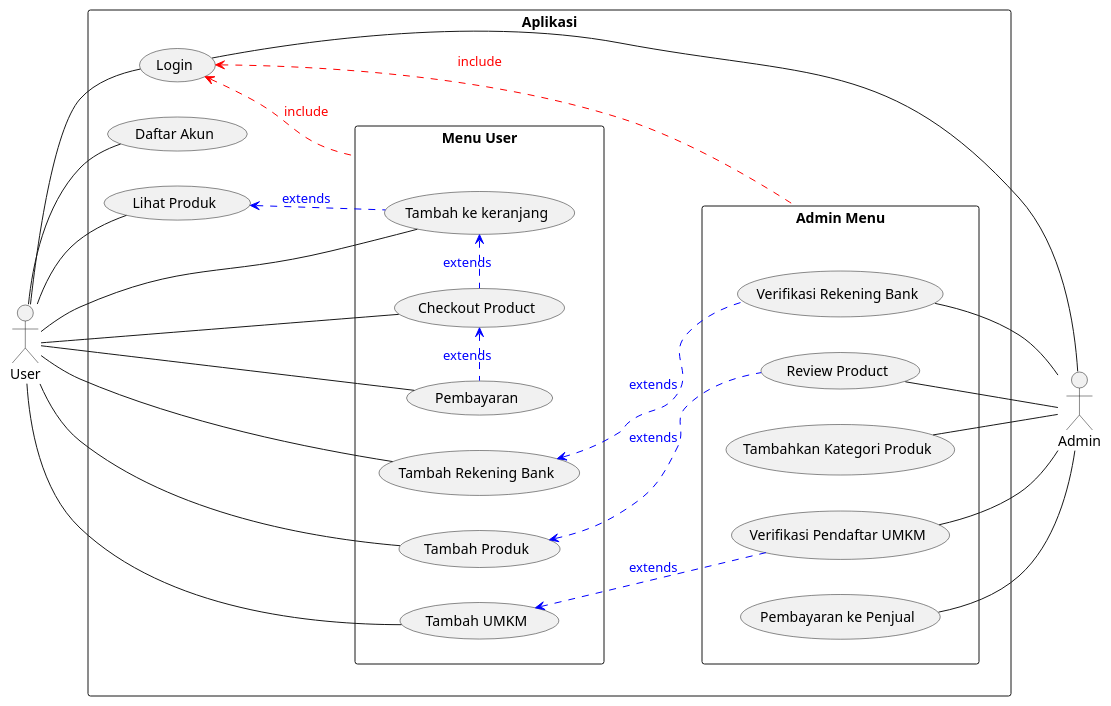
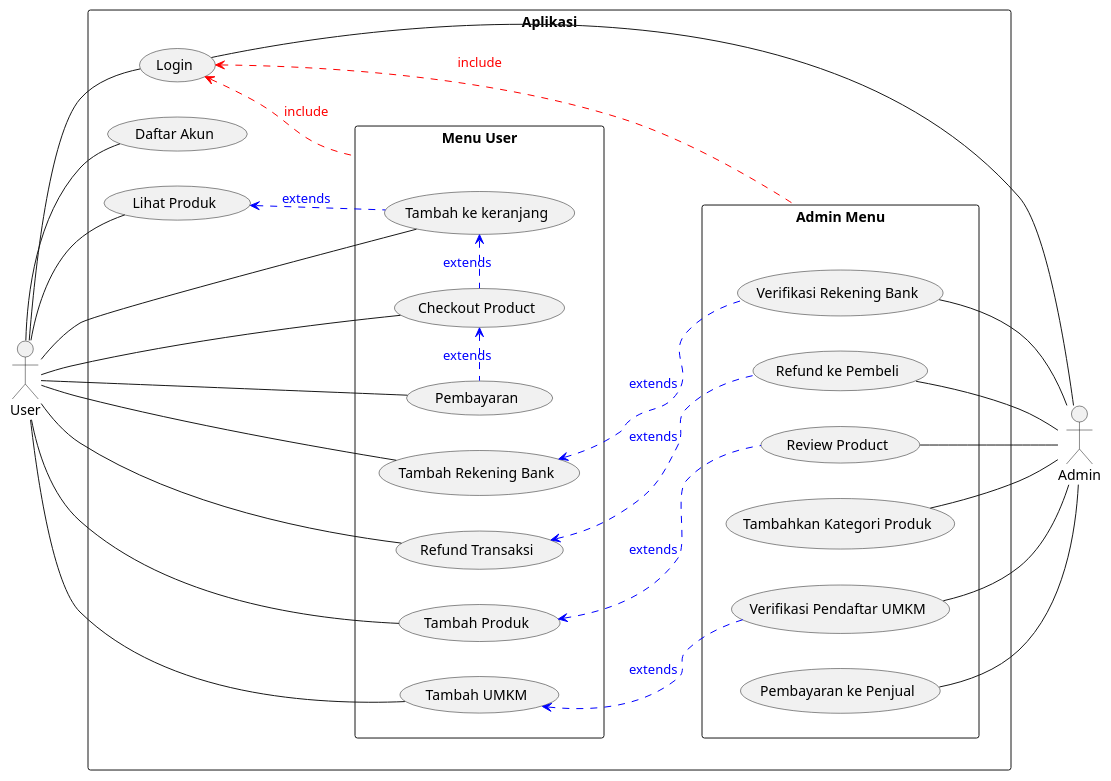
Before and after one commit to vithiaz/ecomm_UMKM_tomohon: the diagram in diagrams/use_case.puml, drawn with PlantUML. The commit also changed 9 other files, not shown here.

```diff
--- a/diagrams/use_case.puml
+++ b/diagrams/use_case.puml
@@ -1,74 +1,78 @@
 @startuml
 
 left to right direction
 skinparam PackageStyle recangle
 
 actor User
 actor Admin
 
 
 rectangle "Aplikasi" as app {
 
     rectangle "Admin Menu" as admin_menu {
         usecase "Tambahkan Kategori Produk" as addProductCategory
         usecase "Verifikasi Pendaftar UMKM" as verifyUmkmRegistration
         usecase "Verifikasi Rekening Bank" as verifyBankAccount
         usecase "Review Product" as reviewProduct
         usecase "Pembayaran ke Penjual" as paymentToSeller
+        usecase "Refund ke Pembeli" as refundToBuyer
     }
 
     usecase Login
 
     rectangle "Menu User" as user_menu {
         usecase "Tambah ke keranjang" as addToCart
         usecase "Checkout Product" as checkoutProduct
         usecase "Pembayaran" as userPayment
         usecase "Tambah Produk" as addProduct
         usecase "Tambah UMKM" as addUMKM
         usecase "Tambah Rekening Bank" as addBankAccount
+        usecase "Refund Transaksi" as refundTransaction
     }
 
     usecase "Daftar Akun" as registerAccount
     usecase "Lihat Produk" as seeProduct
 
 
 
 }
 
 
 
 
 ' Flow
 
 User -- Login
 Login -- Admin
 
 ' admin_menu .> Login #line:red;text:red; : include
 Login <.down. admin_menu #line:red;text:red; : include
 Login <.down. user_menu #line:red;text:red; : include
 
 addProductCategory -- Admin
 verifyUmkmRegistration -- Admin
 verifyBankAccount -- Admin
 reviewProduct -- Admin
 paymentToSeller -- Admin
+refundToBuyer -- Admin
 
-
+User -- refundTransaction
 User -- registerAccount
 User -- seeProduct
 User -- addToCart
 User -- checkoutProduct
 User -- userPayment
 User -- addUMKM
 User -- addBankAccount
 User -- addProduct
 
 seeProduct <.down. addToCart #line:blue;text:blue; : extends
 addToCart <. checkoutProduct #line:blue;text:blue; : extends
 checkoutProduct <. userPayment #line:blue;text:blue; : extends
 
 addUMKM <.down. verifyUmkmRegistration #line:blue;text:blue; : extends
 addBankAccount <. verifyBankAccount #line:blue;text:blue; : extends
 addProduct <. reviewProduct #line:blue;text:blue; : extends
+refundTransaction <. refundToBuyer #line:blue;text:blue; : extends
 
 @enduml
```
